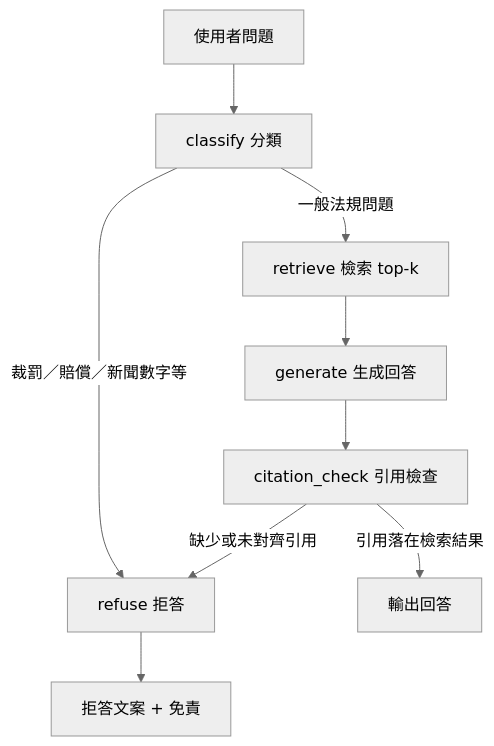
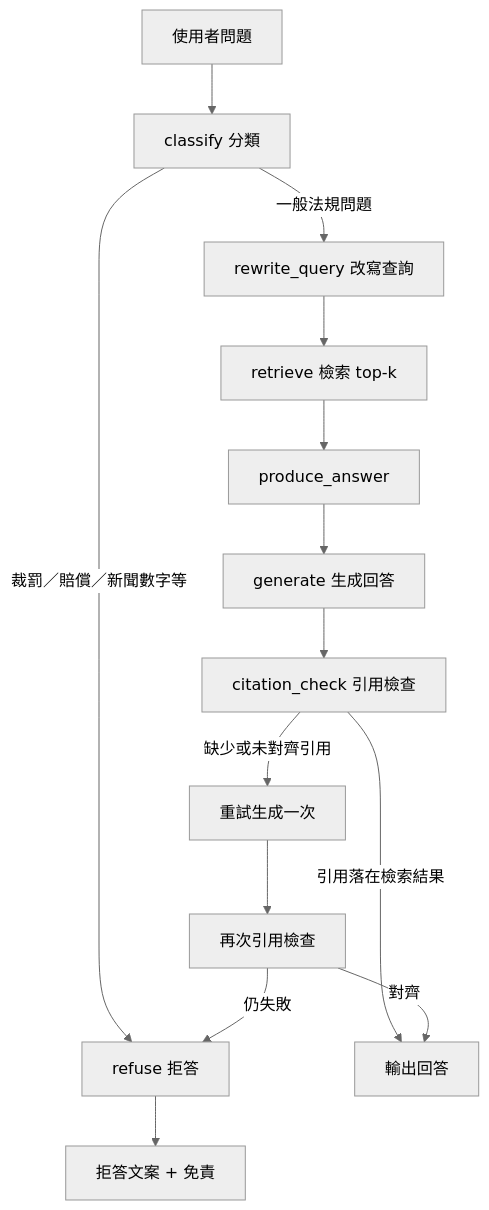
The diagram in readme-tw.md (poirotw66/fin-rag), drawn with Mermaid (neutral theme) before and after one commit. The commit also changed other lines of this file and 12 other files, not shown here.

First line of the commit message:
feat: replace retrieval hints with LLM query rewrite and parallel eval.

````diff
--- a/readme-tw.md
+++ b/readme-tw.md
@@ -121,11 +124,16 @@
 ```mermaid
 flowchart TD
     Q[使用者問題] --> C[classify 分類]
     C -->|裁罰／賠償／新聞數字等| R[refuse 拒答]
-    C -->|一般法規問題| RET[retrieve 檢索 top-k]
-    RET --> G[generate 生成回答]
+    C -->|一般法規問題| RQ[rewrite_query 改寫查詢]
+    RQ --> RET[retrieve 檢索 top-k]
+    RET --> PA[produce_answer]
+    PA --> G[generate 生成回答]
     G --> CH[citation_check 引用檢查]
     CH -->|引用落在檢索結果| OUT[輸出回答]
-    CH -->|缺少或未對齊引用| R
+    CH -->|缺少或未對齊引用| RETRY[重試生成一次]
+    RETRY --> CH2[再次引用檢查]
+    CH2 -->|對齊| OUT
+    CH2 -->|仍失敗| R
     R --> REF[拒答文案 + 免責]
 ```
````
